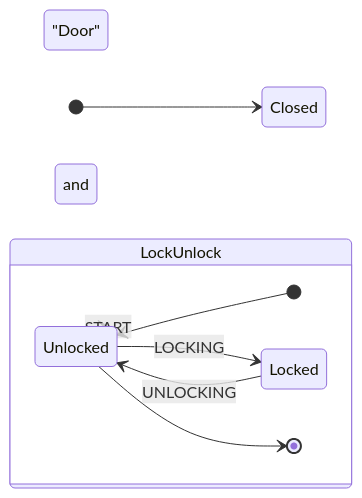
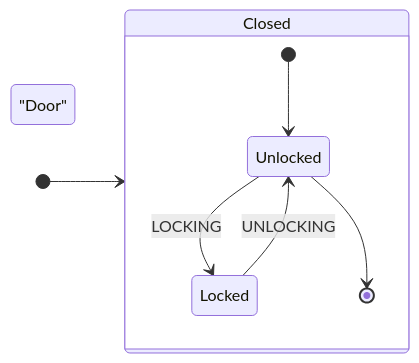
One commit to fletchjp/StateMachine changed the seventh of 7 diagrams in README.md. Above: the diagram before and after it, drawn with Mermaid.

Commit message:
Update README.md
And again - getting closer

````diff
--- a/README.md
+++ b/README.md
@@ -84,13 +84,12 @@
 ```mermaid
    stateDiagram-v2
    direction LR
    state: "Door"
-   [*] --> Closed and Unlocked
-   Closed and Unlocked --> LockUnlock : START
-   state LockUnlock {
+   [*] --> Closed
+   state Closed {
    [*] --> Unlocked
    Unlocked --> Locked : LOCKING
    Locked --> Unlocked : UNLOCKING
    Unlocked --> [*]
    }
 ```
````
